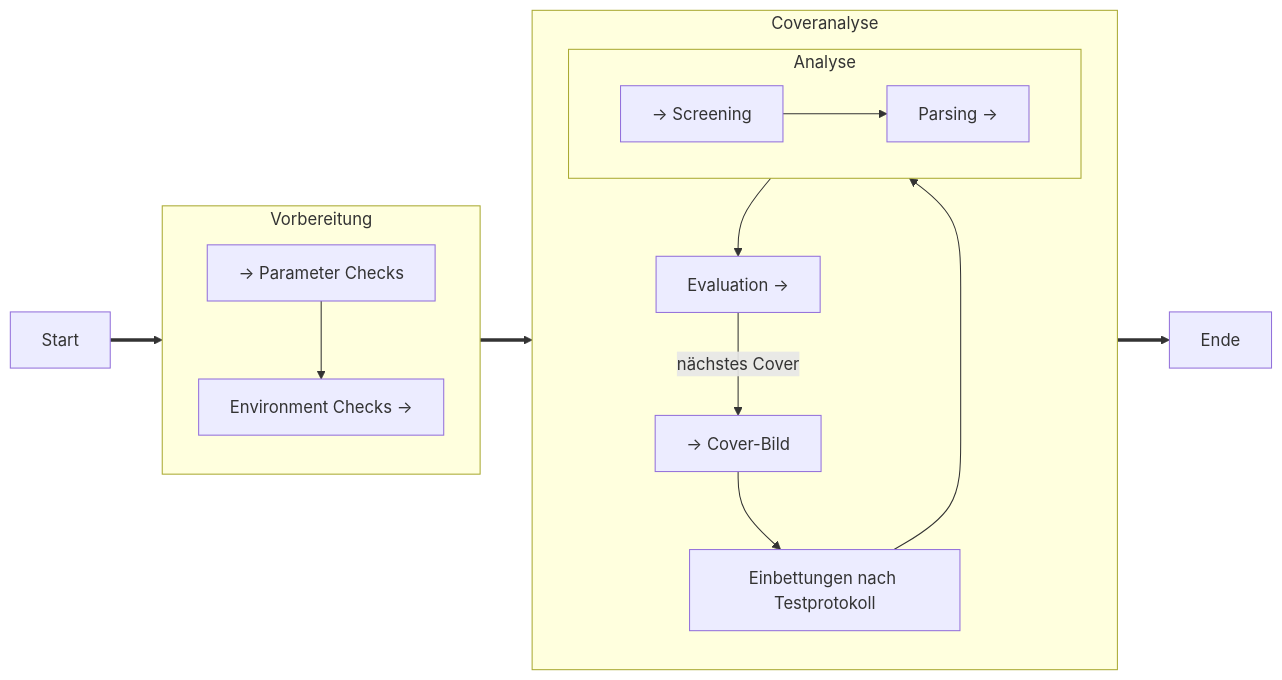
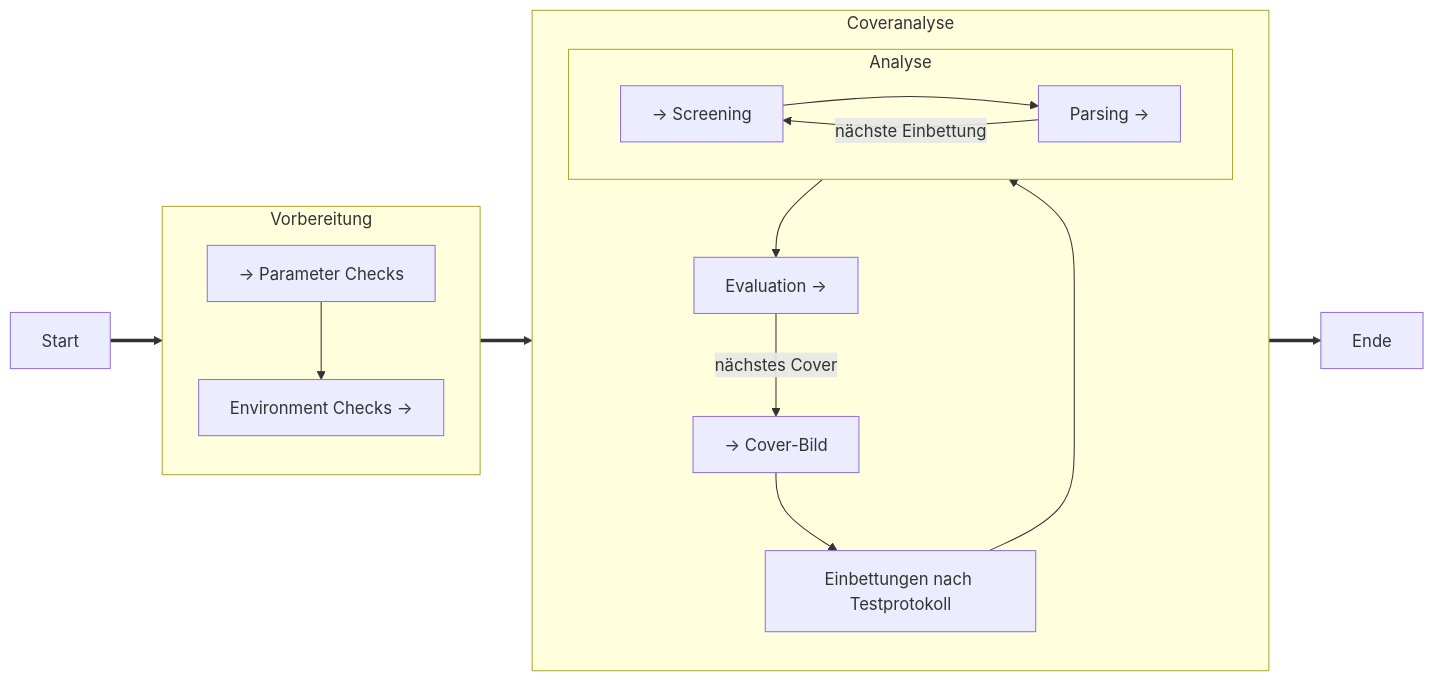
One commit to bh-8/amsl-it-security-projects changed the diagram in SMKITS5/README.md. Above: the diagram before and after it, drawn with Mermaid.

````diff
--- a/SMKITS5/README.md
+++ b/SMKITS5/README.md
@@ -73,30 +73,31 @@
     ```mermaid
     flowchart LR
       start["Start"]
       subgraph Vorbereitung
         params["→ Parameter Checks"]
         env["Environment Checks →"]
         direction TB
         params-->env
       end
       subgraph Coveranalyse
         new["→ Cover-Bild"]
         embed["Einbettungen nach Testprotokoll"]
         subgraph Analyse
           direction LR
           screening["→ Screening"]
           parsing["Parsing →"]
           screening-->parsing
+          parsing--"nächste Einbettung"-->screening
         end
         eval["Evaluation →"]
         direction TB
         new-->embed
         embed-->Analyse
         Analyse-->eval
         eval--"nächstes Cover"-->new
       end
       ende["Ende"]
       start==>Vorbereitung
       Vorbereitung==>Coveranalyse
       Coveranalyse==>ende
     ```
````
